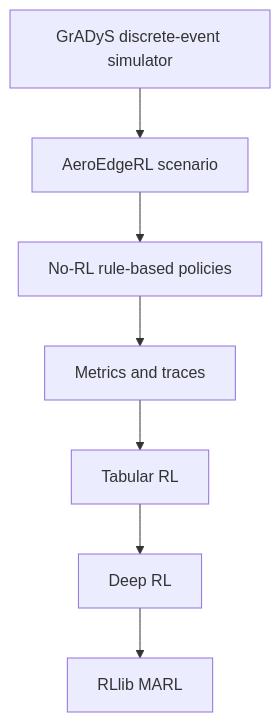
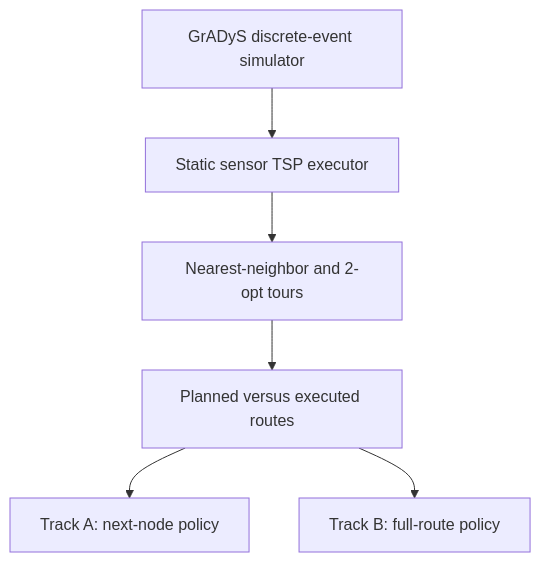
One commit to hollywuzh/AeroEdgeRL changed the diagram in docs/lectures/00_simulation_first_roadmap.md. Above: the diagram before and after it, drawn with Mermaid. The commit also changed other lines of this file and 23 other files, not shown here.

Commit message:
Add static TSP baseline and LKH backups

````diff
--- a/docs/lectures/00_simulation_first_roadmap.md
+++ b/docs/lectures/00_simulation_first_roadmap.md
@@ -82,9 +86,8 @@
 ```mermaid
 flowchart TD
-    A["GrADyS discrete-event simulator"] --> B["AeroEdgeRL scenario"]
-    B --> C["No-RL rule-based policies"]
-    C --> D["Metrics and traces"]
-    D --> E["Tabular RL"]
-    E --> F["Deep RL"]
-    F --> G["RLlib MARL"]
+    A["GrADyS discrete-event simulator"] --> B["Static sensor TSP executor"]
+    B --> C["Nearest-neighbor and 2-opt tours"]
+    C --> D["Planned versus executed routes"]
+    D --> E["Track A: next-node policy"]
+    D --> F["Track B: full-route policy"]
 ```
````
